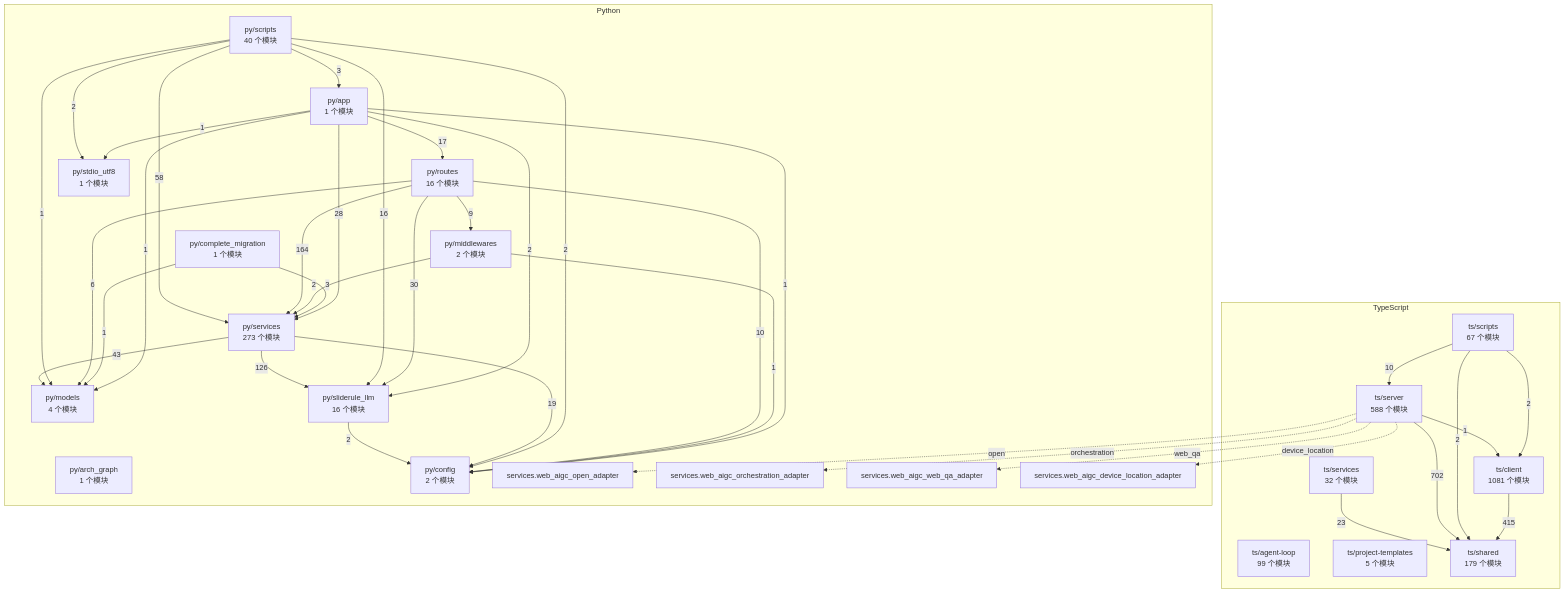
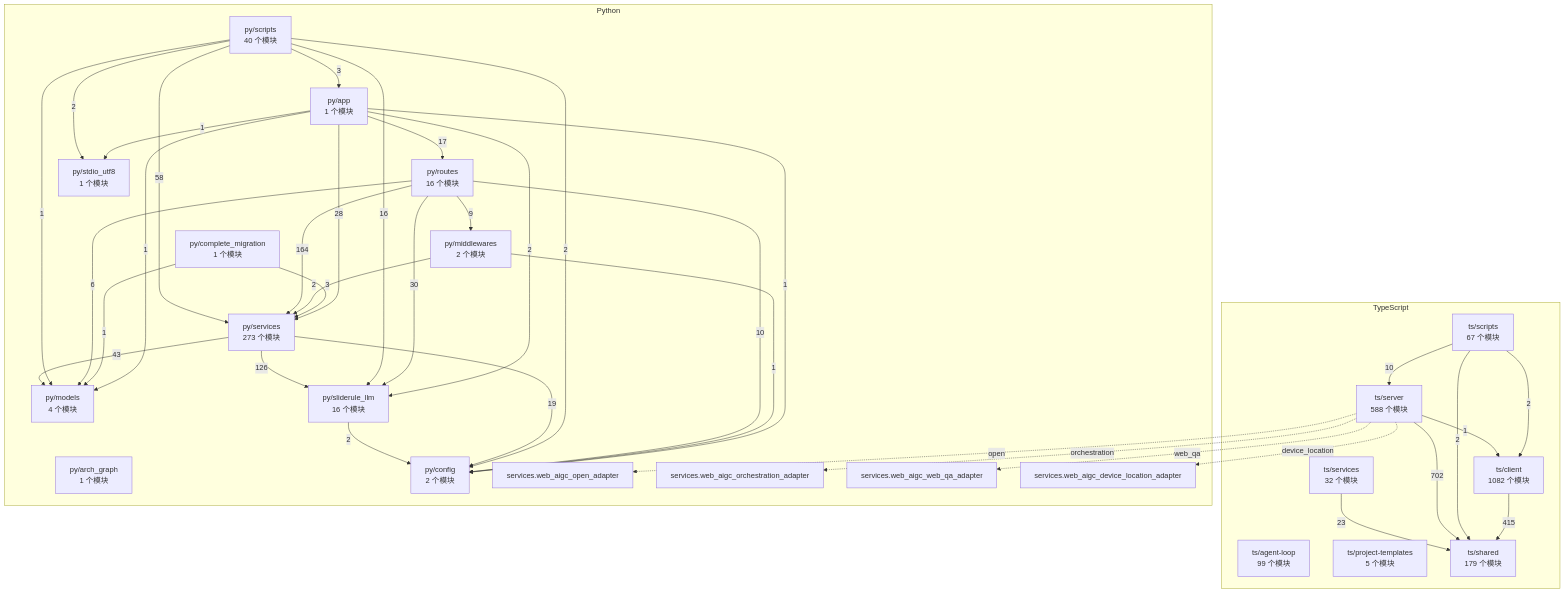
Before and after one commit to 2686521696/WhyBuddy: the diagram in docs/WhyBuddy 全仓架构图（自动生成）.md, drawn with Mermaid. The commit also changed 11 other files, not shown here.

````diff
--- a/docs/WhyBuddy 全仓架构图（自动生成）.md
+++ b/docs/WhyBuddy 全仓架构图（自动生成）.md
@@ -14,65 +14,65 @@
 ```mermaid
 flowchart TB
   subgraph ts [TypeScript]
     ts_agent_loop["ts/agent-loop<br/>99 个模块"]
-    ts_client["ts/client<br/>1081 个模块"]
+    ts_client["ts/client<br/>1082 个模块"]
     ts_project_templates["ts/project-templates<br/>5 个模块"]
     ts_scripts["ts/scripts<br/>67 个模块"]
     ts_server["ts/server<br/>588 个模块"]
     ts_services["ts/services<br/>32 个模块"]
     ts_shared["ts/shared<br/>179 个模块"]
   end
   subgraph py [Python]
     py_app["py/app<br/>1 个模块"]
     py_arch_graph["py/arch_graph<br/>1 个模块"]
     py_complete_migration["py/complete_migration<br/>1 个模块"]
     py_config["py/config<br/>2 个模块"]
     py_middlewares["py/middlewares<br/>2 个模块"]
     py_models["py/models<br/>4 个模块"]
     py_routes["py/routes<br/>16 个模块"]
     py_scripts["py/scripts<br/>40 个模块"]
     py_services["py/services<br/>273 个模块"]
     py_sliderule_llm["py/sliderule_llm<br/>16 个模块"]
     py_stdio_utf8["py/stdio_utf8<br/>1 个模块"]
     py_services_web_aigc_open_adapter["services.web_aigc_open_adapter"]
     py_services_web_aigc_orchestration_adapter["services.web_aigc_orchestration_adapter"]
     py_services_web_aigc_web_qa_adapter["services.web_aigc_web_qa_adapter"]
     py_services_web_aigc_device_location_adapter["services.web_aigc_device_location_adapter"]
   end
   ts_client -->|415| ts_shared
   ts_scripts -->|2| ts_client
   ts_scripts -->|10| ts_server
   ts_scripts -->|2| ts_shared
   ts_server -->|1| ts_client
   ts_server -->|702| ts_shared
   ts_services -->|23| ts_shared
   py_app -->|1| py_config
   py_app -->|1| py_models
   py_app -->|17| py_routes
   py_app -->|28| py_services
   py_app -->|2| py_sliderule_llm
   py_app -->|1| py_stdio_utf8
   py_complete_migration -->|1| py_models
   py_complete_migration -->|3| py_services
   py_middlewares -->|1| py_config
   py_middlewares -->|2| py_services
   py_routes -->|10| py_config
   py_routes -->|9| py_middlewares
   py_routes -->|6| py_models
   py_routes -->|164| py_services
   py_routes -->|30| py_sliderule_llm
   py_scripts -->|3| py_app
   py_scripts -->|2| py_config
   py_scripts -->|1| py_models
   py_scripts -->|58| py_services
   py_scripts -->|16| py_sliderule_llm
   py_scripts -->|2| py_stdio_utf8
   py_services -->|19| py_config
   py_services -->|43| py_models
   py_services -->|126| py_sliderule_llm
   py_sliderule_llm -->|2| py_config
   ts_server -.->|open| py_services_web_aigc_open_adapter
   ts_server -.->|orchestration| py_services_web_aigc_orchestration_adapter
   ts_server -.->|web_qa| py_services_web_aigc_web_qa_adapter
   ts_server -.->|device_location| py_services_web_aigc_device_location_adapter
 ```
````
